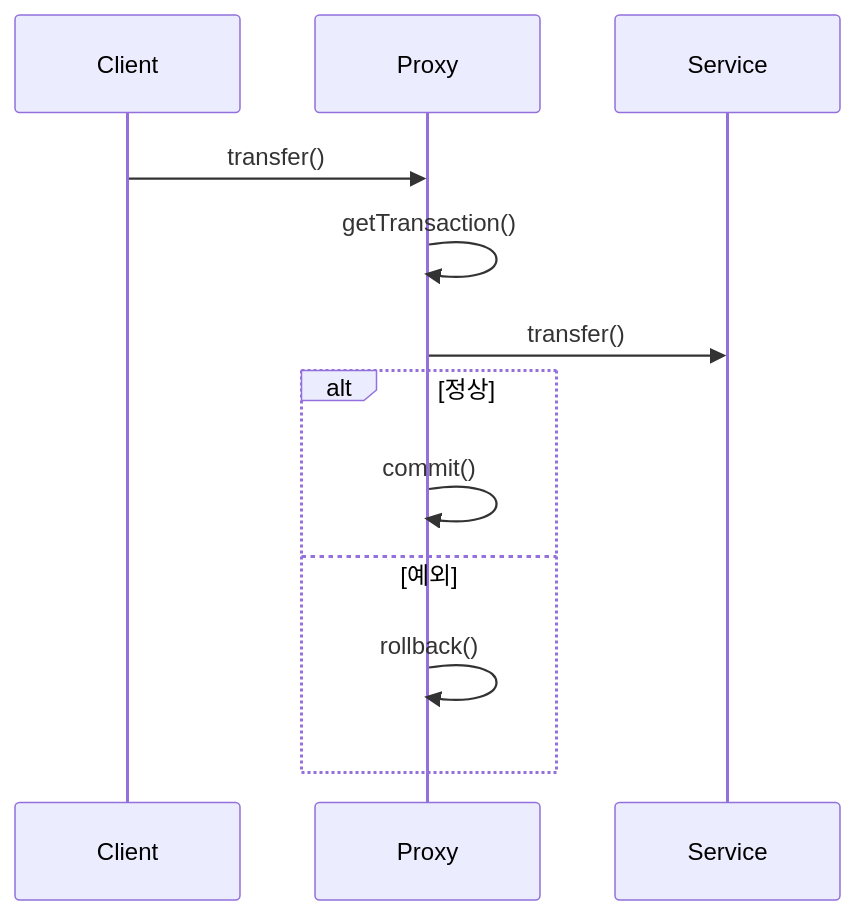
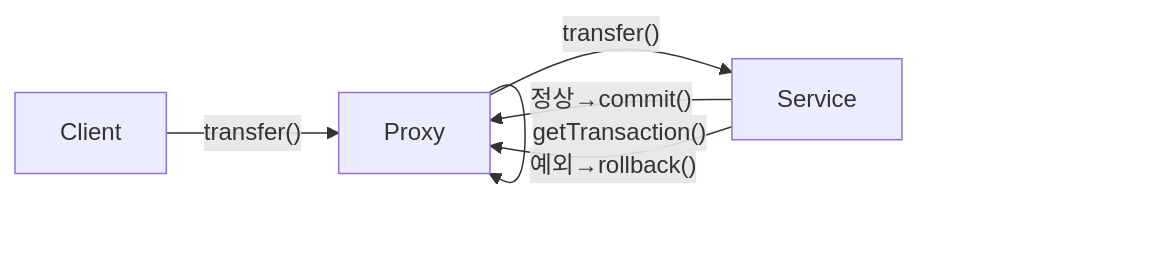
The seventh of 11 diagrams in _posts/spring/2026-05-02-spring-db-1.md (yjkim2015/yjkim2015.github.io), drawn with Mermaid before and after one commit. The commit also changed other lines of this file and 32 other files, not shown here.

First line of the commit message:
sequenceDiagram 82개 → graph LR 변환 완료

````diff
--- a/_posts/spring/2026-05-02-spring-db-1.md
+++ b/_posts/spring/2026-05-02-spring-db-1.md
@@ -354,14 +348,8 @@
 ```mermaid
-sequenceDiagram
-    participant C as Client
-    participant P as Proxy
-    participant S as Service
-    C->>P: transfer()
-    P->>P: getTransaction()
-    P->>S: transfer()
-    alt 정상
-        P->>P: commit()
-    else 예외
-        P->>P: rollback()
-    end
+graph LR
+    C["Client"] -->|"transfer()"| P["Proxy"]
+    P -->|"getTransaction()"| P
+    P -->|"transfer()"| S["Service"]
+    S -->|"정상→commit()"| P
+    S -->|"예외→rollback()"| P
 ```
````
